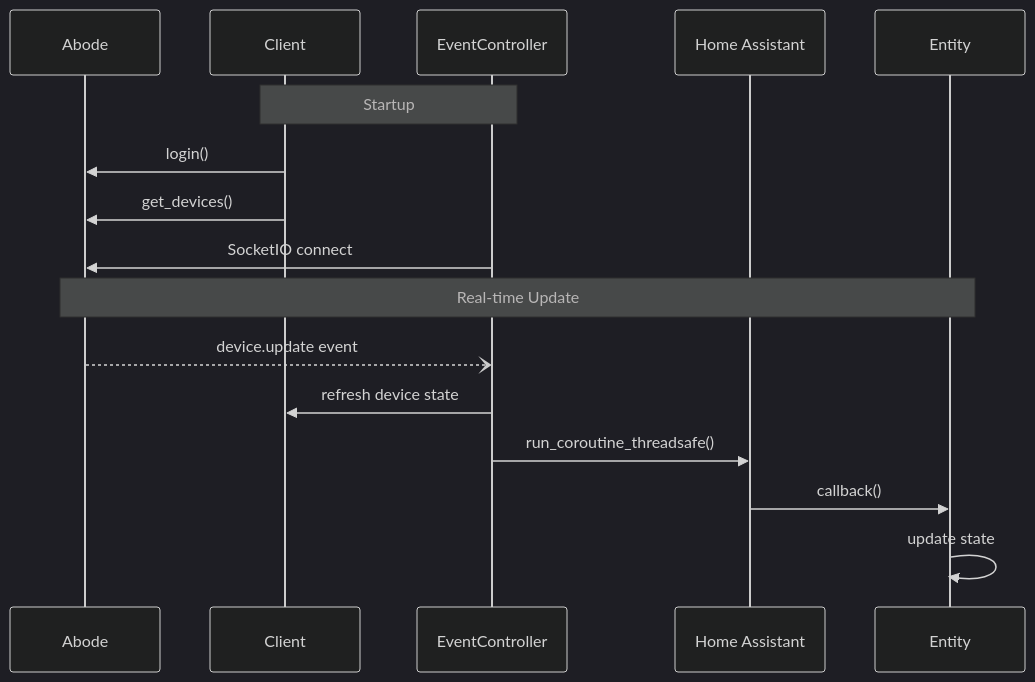
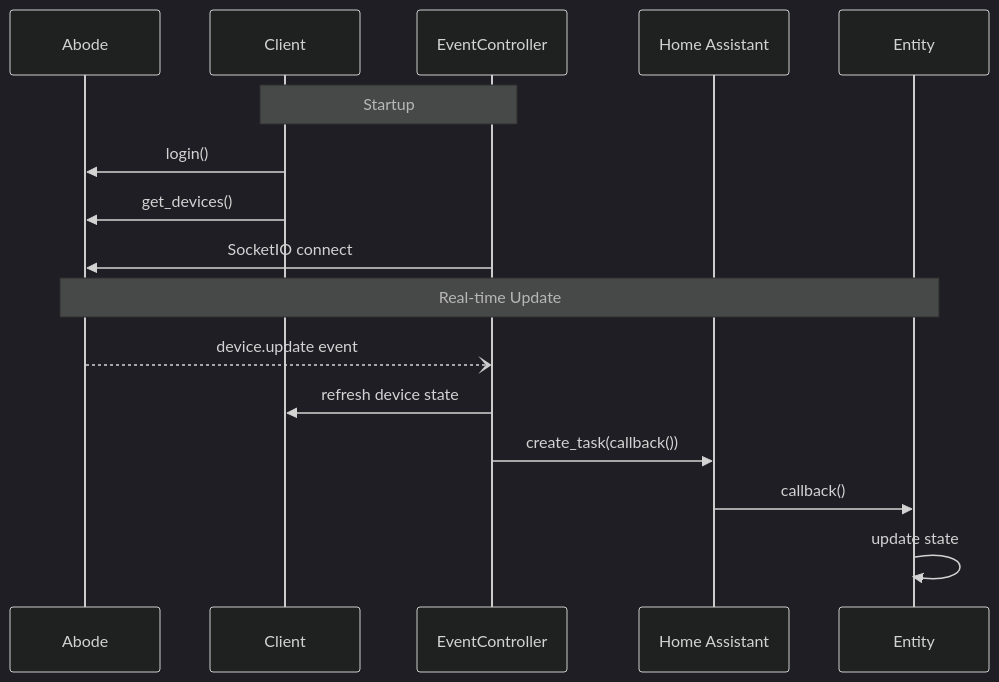
Before and after one commit to molant/abode-security: the third of 3 diagrams in docs/ARCHITECTURE.md, drawn with Mermaid (dark theme). The commit also changed other lines of this file and 1 other file, not shown here.

Commit message:
docs(abode-fork-modernization): update ARCHITECTURE.md for post-lomond async model (phase 4E)

````diff
--- a/docs/ARCHITECTURE.md
+++ b/docs/ARCHITECTURE.md
@@ -183,20 +185,20 @@
 ```mermaid
 sequenceDiagram
     participant Abode
     participant Client
     participant EventController
     participant HA as Home Assistant
     participant Entity
 
     Note over Client,EventController: Startup
     Client->>Abode: login()
     Client->>Abode: get_devices()
     EventController->>Abode: SocketIO connect
 
     Note over Abode,Entity: Real-time Update
     Abode--)EventController: device.update event
     EventController->>Client: refresh device state
-    EventController->>HA: run_coroutine_threadsafe()
+    EventController->>HA: create_task(callback())
     HA->>Entity: callback()
     Entity->>Entity: update state
 ```
````
